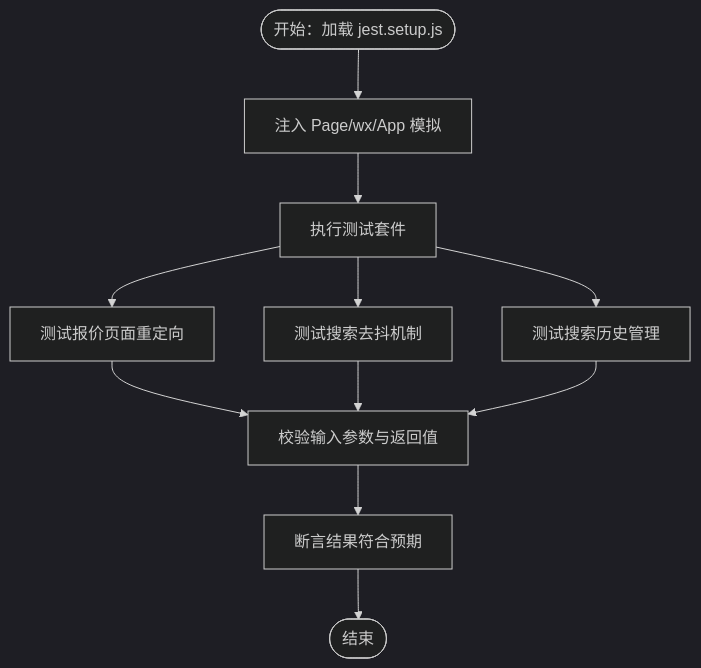
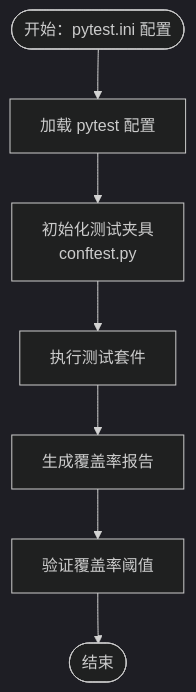
Before and after one commit to guyuefangyuanl/Over-the-counter-options: the third of 4 diagrams in .qoder/repowiki/zh/content/开发指南/测试策略/测试策略.md, drawn with Mermaid (dark theme). The commit also changed other lines of this file and 29 other files, not shown here.

````diff
--- a/.qoder/repowiki/zh/content/开发指南/测试策略/测试策略.md
+++ b/.qoder/repowiki/zh/content/开发指南/测试策略/测试策略.md
@@ -220,13 +236,9 @@
 ```mermaid
 flowchart TD
-Start(["开始：加载 jest.setup.js"]) --> InjectMocks["注入 Page/wx/App 模拟"]
-InjectMocks --> RunTests["执行测试套件"]
-RunTests --> QuoteRedirect["测试报价页面重定向"]
-RunTests --> SearchDebounce["测试搜索去抖机制"]
-RunTests --> HistoryManagement["测试搜索历史管理"]
-QuoteRedirect --> ValidateInputs["校验输入参数与返回值"]
-SearchDebounce --> ValidateInputs
-HistoryManagement --> ValidateInputs
-ValidateInputs --> AssertResults["断言结果符合预期"]
-AssertResults --> End(["结束"])
+Start(["开始：pytest.ini 配置"]) --> LoadConfig["加载 pytest 配置"]
+LoadConfig --> SetupFixtures["初始化测试夹具<br/>conftest.py"]
+SetupFixtures --> RunTests["执行测试套件"]
+RunTests --> Coverage["生成覆盖率报告"]
+Coverage --> Validate["验证覆盖率阈值"]
+Validate --> End(["结束"])
 ```
````
